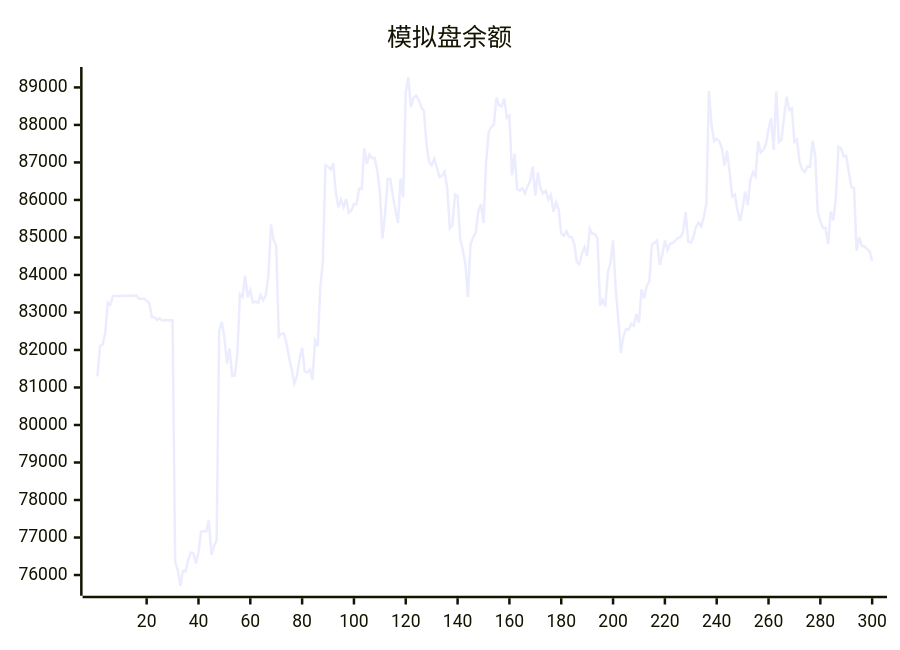
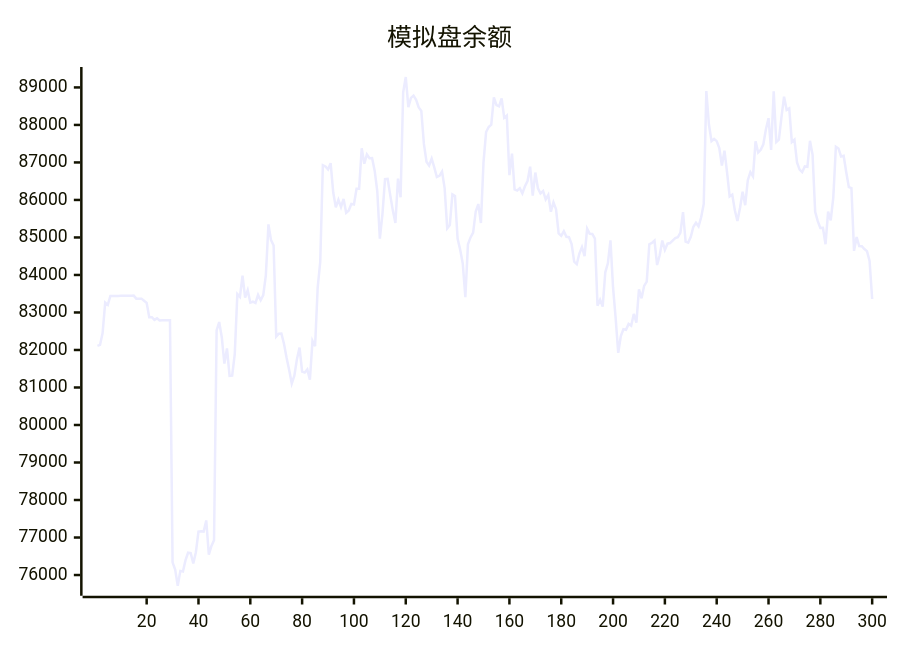
The diagram in README.md (aahl/ai-trading), drawn with Mermaid before and after one commit. The commit also changed other lines of this file and 1 other file, not shown here.

````diff
--- a/README.md
+++ b/README.md
@@ -5,5 +5,5 @@
 ```mermaid
 xychart
     title "模拟盘余额"
-    line [81298,82110,82135,82449,83264,83203,83440,83439,83440,83440,83446,83447,83448,83447,83448,83449,83369,83369,83369,83313,83256,82872,82873,82801,82844,82785,82791,82791,82793,82794,76339,76145,75714,76110,76096,76397,76594,76585,76310,76607,77160,77170,77160,77456,76541,76774,76927,82520,82744,82337,81639,82040,81307,81314,81887,83490,83414,83984,83396,83594,83261,83287,83253,83470,83327,83465,83987,85348,84930,84786,82355,82433,82438,82167,81795,81466,81105,81315,81756,82064,81426,81398,81481,81210,82242,82099,83658,84359,86925,86892,86814,86980,86203,85802,86003,85811,86028,85657,85721,85896,85880,86300,86299,87378,86965,87214,87115,87118,86780,86238,84966,85623,86555,86562,86129,85722,85387,86569,86070,88870,89278,88477,88720,88781,88668,88467,88372,87493,87018,86917,87102,86870,86613,86644,86758,86317,85242,85334,86149,86106,84968,84671,84302,83410,84816,85001,85127,85693,85891,85384,87001,87811,87945,88007,88734,88528,88495,88705,88189,88248,86662,87234,86279,86251,86314,86177,86364,86503,86886,86114,86731,86310,86176,86240,86017,86136,85685,85938,85749,85111,85044,85164,85016,85008,84824,84354,84287,84572,84745,84500,85234,85096,85095,84970,83180,83338,83157,84070,84309,84922,83667,82850,81924,82369,82552,82539,82695,82648,82962,82728,83619,83378,83710,83825,84819,84854,84917,84265,84527,84919,84668,84834,84850,84916,84981,85004,85131,85674,84891,84864,85019,85284,85393,85294,85538,85894,88904,88012,87567,87625,87568,87386,86920,87313,86737,86094,86143,85725,85437,85787,86219,85859,86526,86740,86630,87563,87264,87335,87483,87886,88180,87335,88894,87544,87608,88207,88755,88401,88444,87543,87608,87000,86810,86740,86894,86884,87576,87209,85686,85435,85251,85255,84820,85689,85453,86066,87420,87373,87161,87178,86740,86341,86315,84643,85012,84772,84768,84690,84635,84376]
+    line [82110,82135,82449,83264,83203,83440,83439,83440,83440,83446,83447,83448,83447,83448,83449,83369,83369,83369,83313,83256,82872,82873,82801,82844,82785,82791,82791,82793,82794,76339,76145,75714,76110,76096,76397,76594,76585,76310,76607,77160,77170,77160,77456,76541,76774,76927,82520,82744,82337,81639,82040,81307,81314,81887,83490,83414,83984,83396,83594,83261,83287,83253,83470,83327,83465,83987,85348,84930,84786,82355,82433,82438,82167,81795,81466,81105,81315,81756,82064,81426,81398,81481,81210,82242,82099,83658,84359,86925,86892,86814,86980,86203,85802,86003,85811,86028,85657,85721,85896,85880,86300,86299,87378,86965,87214,87115,87118,86780,86238,84966,85623,86555,86562,86129,85722,85387,86569,86070,88870,89278,88477,88720,88781,88668,88467,88372,87493,87018,86917,87102,86870,86613,86644,86758,86317,85242,85334,86149,86106,84968,84671,84302,83410,84816,85001,85127,85693,85891,85384,87001,87811,87945,88007,88734,88528,88495,88705,88189,88248,86662,87234,86279,86251,86314,86177,86364,86503,86886,86114,86731,86310,86176,86240,86017,86136,85685,85938,85749,85111,85044,85164,85016,85008,84824,84354,84287,84572,84745,84500,85234,85096,85095,84970,83180,83338,83157,84070,84309,84922,83667,82850,81924,82369,82552,82539,82695,82648,82962,82728,83619,83378,83710,83825,84819,84854,84917,84265,84527,84919,84668,84834,84850,84916,84981,85004,85131,85674,84891,84864,85019,85284,85393,85294,85538,85894,88904,88012,87567,87625,87568,87386,86920,87313,86737,86094,86143,85725,85437,85787,86219,85859,86526,86740,86630,87563,87264,87335,87483,87886,88180,87335,88894,87544,87608,88207,88755,88401,88444,87543,87608,87000,86810,86740,86894,86884,87576,87209,85686,85435,85251,85255,84820,85689,85453,86066,87420,87373,87161,87178,86740,86341,86315,84643,85012,84772,84768,84690,84635,84376,83360]
 ```
````
